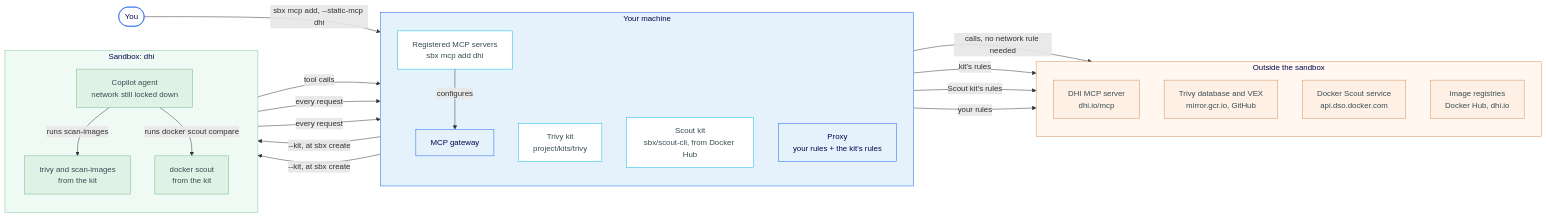
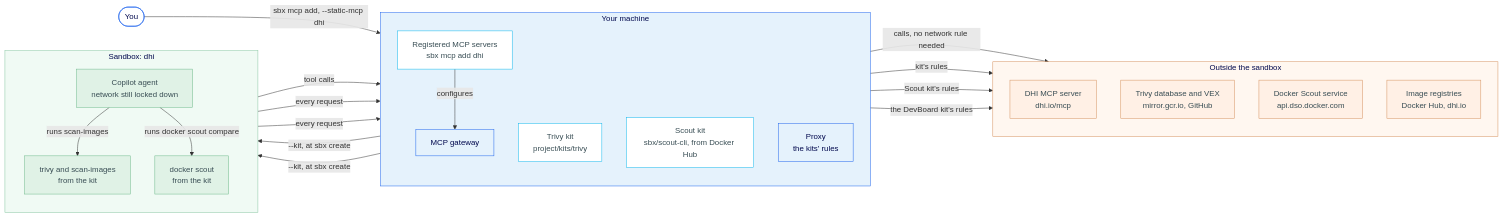
Before and after one commit to mathieu-benoit/sbx-lab: the diagram in instructions/10-mcp-servers.md, drawn with Mermaid. The commit also changed other lines of this file and 27 other files, not shown here.

First line of the commit message:
Network policies: Locked Down only; the DevBoard kit brings the lab's hosts

````diff
--- a/instructions/10-mcp-servers.md
+++ b/instructions/10-mcp-servers.md
@@ -9,68 +9,68 @@
 ```mermaid
 graph LR
     You(["You"])
 
     subgraph Host["Your machine"]
         direction TB
         McpRegistry["Registered MCP servers<br/>sbx mcp add dhi"]
         Gateway["MCP gateway"]
         TrivyKit["Trivy kit<br/>project/kits/trivy"]
         ScoutKit["Scout kit<br/>sbx/scout-cli, from Docker Hub"]
-        Proxy["Proxy<br/>your rules + the kit's rules"]
+        Proxy["Proxy<br/>the kits' rules"]
     end
 
     subgraph Sandbox["Sandbox: dhi"]
         direction TB
         Agent["Copilot agent<br/>network still locked down"]
         Trivy["trivy and scan-images<br/>from the kit"]
         Scout["docker scout<br/>from the kit"]
     end
 
     subgraph Outside["Outside the sandbox"]
         direction TB
         Dhi["DHI MCP server<br/>dhi.io/mcp"]
         TrivySources["Trivy database and VEX<br/>mirror.gcr.io, GitHub"]
         ScoutApi["Docker Scout service<br/>api.dso.docker.com"]
         Registries["Image registries<br/>Docker Hub, dhi.io"]
     end
 
     You -->|"sbx mcp add, --static-mcp dhi"| McpRegistry
     McpRegistry -->|configures| Gateway
     Agent -->|tool calls| Gateway
     Gateway -->|"calls, no network rule needed"| Dhi
     TrivyKit -->|"--kit, at sbx create"| Trivy
     Agent -->|"runs scan-images"| Trivy
     Trivy -->|every request| Proxy
     Proxy -->|"kit's rules"| TrivySources
     ScoutKit -->|"--kit, at sbx create"| Scout
     Agent -->|"runs docker scout compare"| Scout
     Scout -->|every request| Proxy
     Proxy -->|"Scout kit's rules"| ScoutApi
-    Proxy -->|"your rules"| Registries
+    Proxy -->|"the DevBoard kit's rules"| Registries
 
     %% Styles — containers
     style Host fill:#E5F2FC,stroke:#1D63ED,color:#00084D
     style Sandbox fill:#f0faf4,stroke:#86c5a0,color:#00084D
     style Outside fill:#fff7f0,stroke:#d4915e,color:#00084D
 
     %% Styles — host nodes
     style McpRegistry fill:#fff,stroke:#0DB7ED,color:#384D54
     style TrivyKit fill:#fff,stroke:#0DB7ED,color:#384D54
     style ScoutKit fill:#fff,stroke:#0DB7ED,color:#384D54
     style Gateway fill:#E5F2FC,stroke:#1D63ED,color:#00084D
     style Proxy fill:#E5F2FC,stroke:#1D63ED,color:#00084D
 
     %% Styles — sandbox nodes
     style Agent fill:#e0f2e6,stroke:#6db88a,color:#384D54
     style Trivy fill:#e0f2e6,stroke:#6db88a,color:#384D54
     style Scout fill:#e0f2e6,stroke:#6db88a,color:#384D54
 
     %% Styles — external nodes
     style Dhi fill:#fff0e5,stroke:#d4915e,color:#384D54
     style TrivySources fill:#fff0e5,stroke:#d4915e,color:#384D54
     style ScoutApi fill:#fff0e5,stroke:#d4915e,color:#384D54
     style Registries fill:#fff0e5,stroke:#d4915e,color:#384D54
 
     %% Styles — actor
     style You fill:#fff,stroke:#1D63ED,color:#00084D
 ```
````
